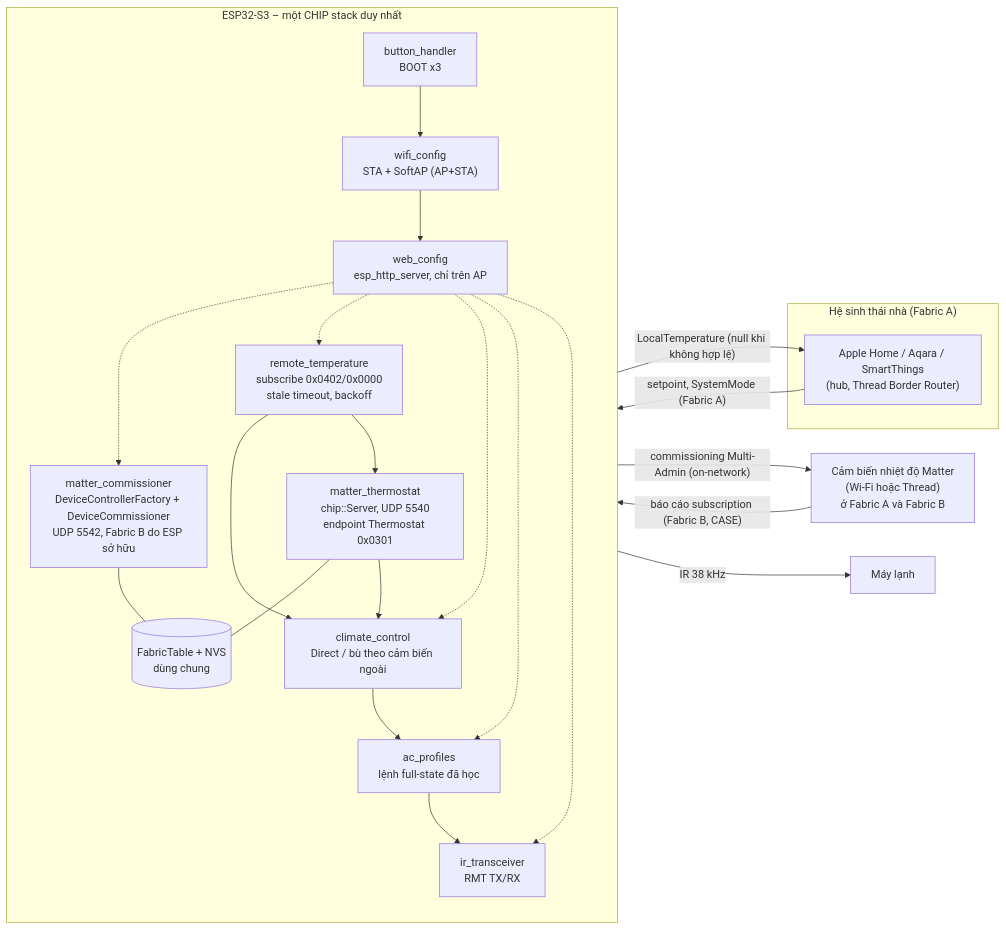
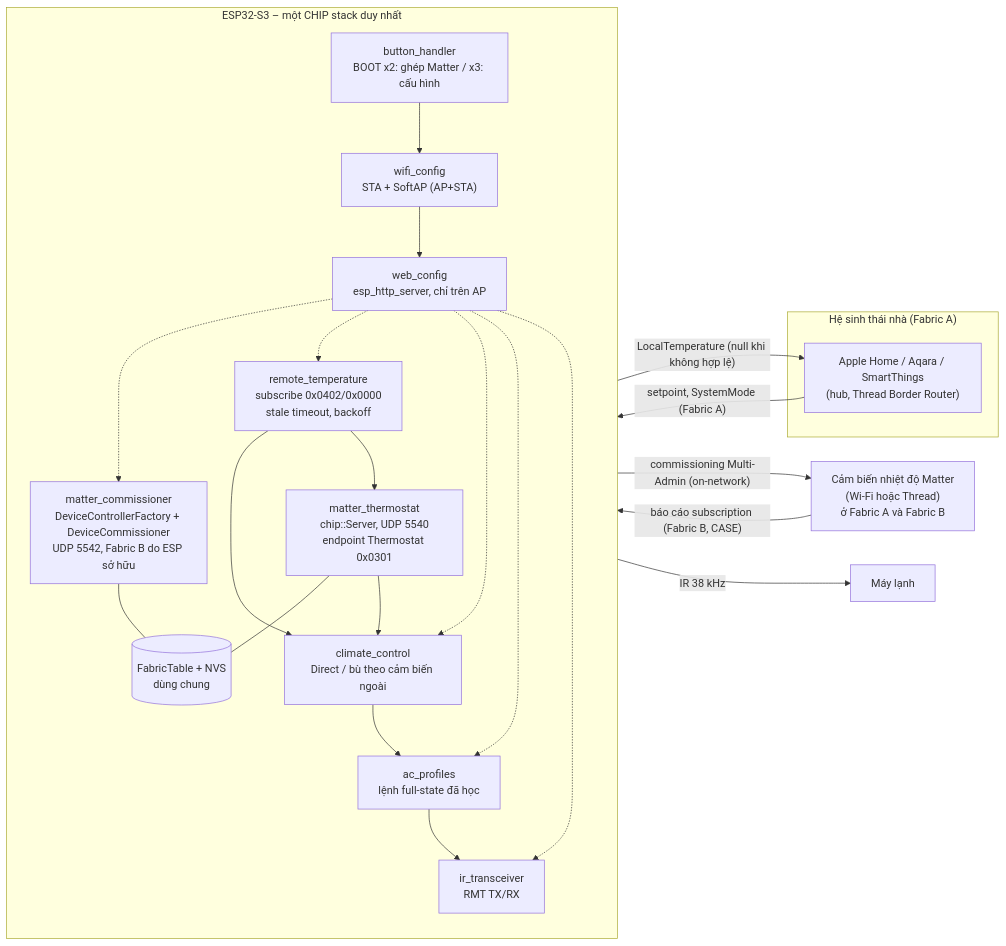
The diagram in README.md (haxeko/air-connditioner-control-matter), drawn with Mermaid before and after one commit. The commit also changed other lines of this file and 26 other files, not shown here.

First line of the commit message:
BOOT x2 opens Matter pairing mode, status LED blinks blue

````diff
--- a/README.md
+++ b/README.md
@@ -40,38 +42,38 @@
 ```mermaid
 flowchart LR
     subgraph Home["Hệ sinh thái nhà (Fabric A)"]
         HUB["Apple Home / Aqara / SmartThings<br/>(hub, Thread Border Router)"]
     end
     SENSOR["Cảm biến nhiệt độ Matter<br/>(Wi-Fi hoặc Thread)<br/>ở Fabric A và Fabric B"]
 
     subgraph ESP["ESP32-S3 – một CHIP stack duy nhất"]
         direction TB
         SRV["matter_thermostat<br/>chip::Server, UDP 5540<br/>endpoint Thermostat 0x0301"]
         CMR["matter_commissioner<br/>DeviceControllerFactory + DeviceCommissioner<br/>UDP 5542, Fabric B do ESP sở hữu"]
         FT[("FabricTable + NVS<br/>dùng chung")]
         RT["remote_temperature<br/>subscribe 0x0402/0x0000<br/>stale timeout, backoff"]
         CC["climate_control<br/>Direct / bù theo cảm biến ngoài"]
         ACP["ac_profiles<br/>lệnh full-state đã học"]
         IR["ir_transceiver<br/>RMT TX/RX"]
         WIFI["wifi_config<br/>STA + SoftAP (AP+STA)"]
         WEB["web_config<br/>esp_http_server, chỉ trên AP"]
-        BTN["button_handler<br/>BOOT x3"]
+        BTN["button_handler<br/>BOOT x2: ghép Matter / x3: cấu hình"]
     end
 
     HUB -- "setpoint, SystemMode (Fabric A)" --> SRV
     SRV -- "LocalTemperature (null khi không hợp lệ)" --> HUB
     CMR -- "commissioning Multi-Admin (on-network)" --> SENSOR
     SENSOR -- "báo cáo subscription (Fabric B, CASE)" --> RT
     SRV --- FT
     CMR --- FT
     RT --> CC
     RT --> SRV
     SRV --> CC
     CC --> ACP --> IR -- "IR 38 kHz" --> AC["Máy lạnh"]
     BTN --> WIFI --> WEB
     WEB -.-> CMR
     WEB -.-> RT
     WEB -.-> CC
     WEB -.-> ACP
     WEB -.-> IR
 ```
````
